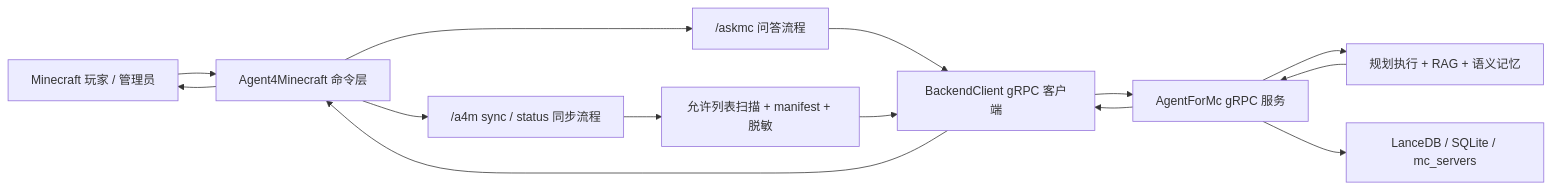
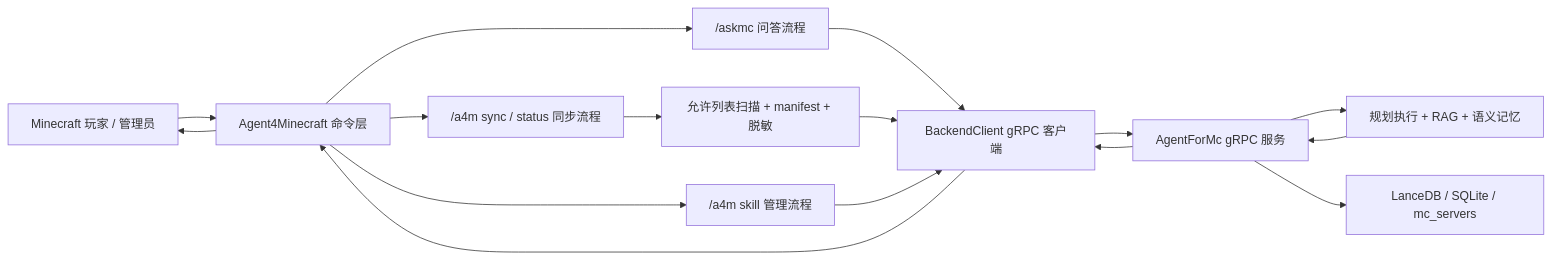
The diagram in README.md (EternalmBlue/Agent4Minecraft), drawn with Mermaid before and after one commit. The commit also changed other lines of this file and 22 other files, not shown here.

Commit message:
feat: add skill management client

````diff
--- a/README.md
+++ b/README.md
@@ -38,16 +39,18 @@
 ```mermaid
 flowchart LR
     Player["Minecraft 玩家 / 管理员"] --> Commands["Agent4Minecraft 命令层"]
     Commands --> Ask["/askmc 问答流程"]
     Commands --> Sync["/a4m sync / status 同步流程"]
+    Commands --> Skills["/a4m skill 管理流程"]
     Ask --> Client["BackendClient gRPC 客户端"]
     Sync --> Scanner["允许列表扫描 + manifest + 脱敏"]
     Scanner --> Client
+    Skills --> Client
     Client --> Backend["AgentForMc gRPC 服务"]
     Backend --> RAG["规划执行 + RAG + 语义记忆"]
     Backend --> Stores["LanceDB / SQLite / mc_servers"]
     RAG --> Backend
     Backend --> Client
     Client --> Commands
     Commands --> Player
 ```
````
